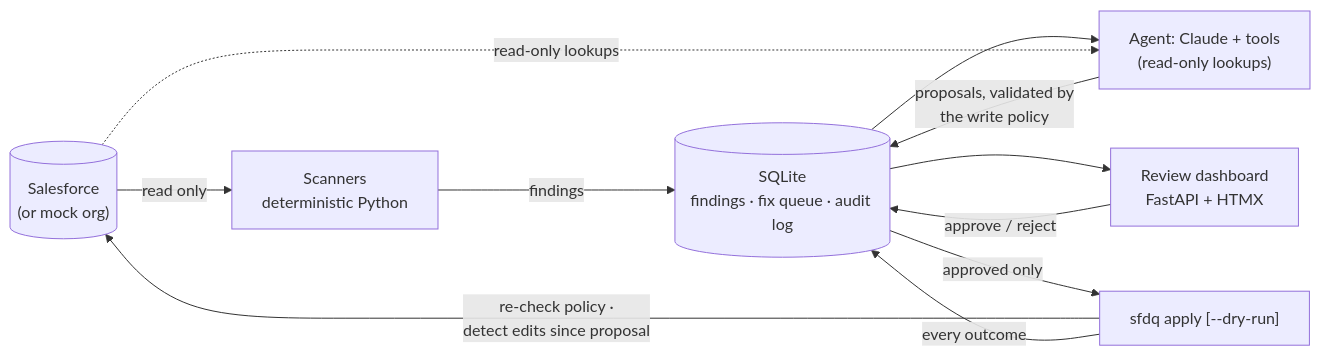
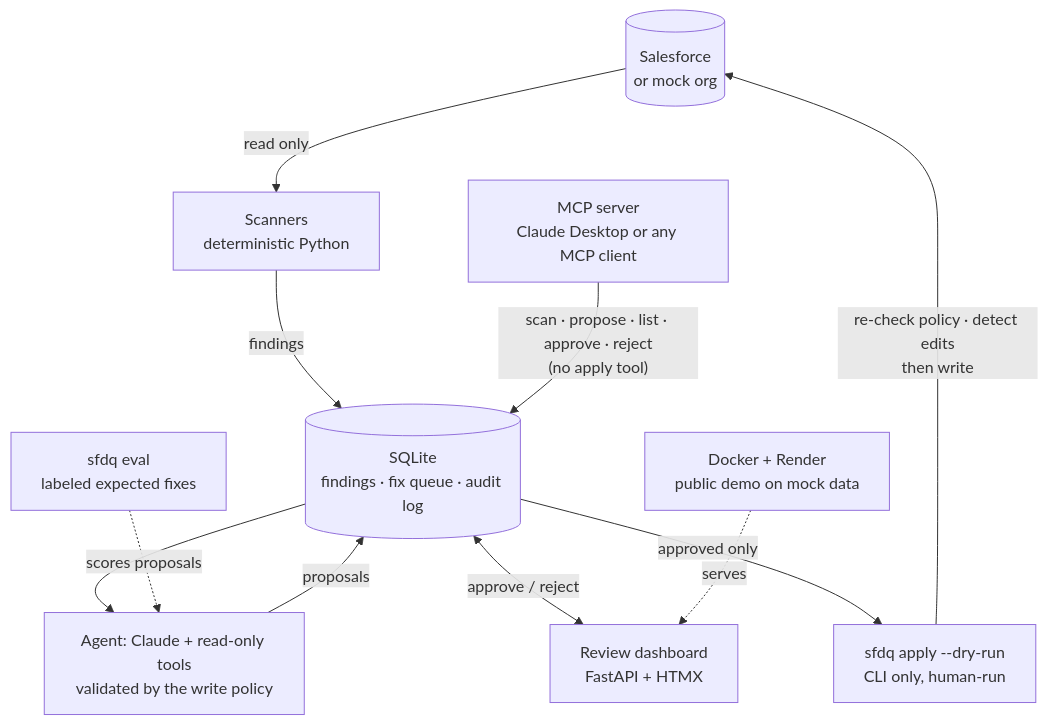
One commit to itpro9167/sf-data-quality-agent changed the diagram in README.md. Above: the diagram before and after it, drawn with Mermaid. The commit also changed other lines of this file, not shown here.

First line of the commit message:
Update README: architecture diagram, feature list, commands, layout and limitations

````diff
--- a/README.md
+++ b/README.md
@@ -29,13 +39,13 @@
 ```mermaid
-flowchart LR
-    SF[("Salesforce<br/>(or mock org)")] -- read only --> SC["Scanners<br/>deterministic Python"]
+flowchart TB
+    SF[("Salesforce<br/>or mock org")] -- "read only" --> SC["Scanners<br/>deterministic Python"]
     SC -- findings --> DB[("SQLite<br/>findings · fix queue · audit log")]
-    DB --> AG["Agent: Claude + tools<br/>(read-only lookups)"]
-    SF -. "read-only lookups" .-> AG
-    AG -- "proposals, validated by<br/>the write policy" --> DB
-    DB --> UI["Review dashboard<br/>FastAPI + HTMX"]
-    UI -- "approve / reject" --> DB
-    DB -- "approved only" --> AP["sfdq apply [--dry-run]"]
-    AP -- "re-check policy ·<br/>detect edits since proposal" --> SF
-    AP -- "every outcome" --> DB
+    DB --> AG["Agent: Claude + read-only tools<br/>validated by the write policy"]
+    AG -- proposals --> DB
+    DB <-- "approve / reject" --> UI["Review dashboard<br/>FastAPI + HTMX"]
+    MCP["MCP server<br/>Claude Desktop or any MCP client"] -- "scan · propose · list · approve · reject<br/>(no apply tool)" --> DB
+    DB -- "approved only" --> AP["sfdq apply --dry-run<br/>CLI only, human-run"]
+    AP -- "re-check policy · detect edits<br/>then write" --> SF
+    EV["sfdq eval<br/>labeled expected fixes"] -. "scores proposals" .-> AG
+    DEMO["Docker + Render<br/>public demo on mock data"] -. serves .-> UI
 ```
````
